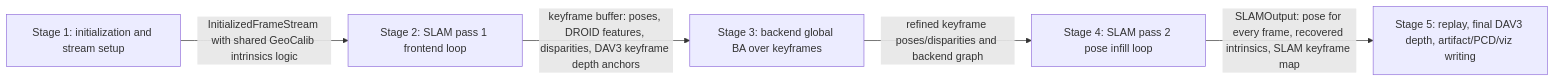
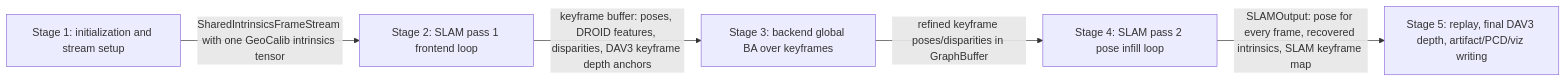
Before and after one commit to sadanand1120/vipe: the first of 12 diagrams in fullexplain.md, drawn with Mermaid. The commit also changed other lines of this file and 44 other files, not shown here.

````diff
--- a/fullexplain.md
+++ b/fullexplain.md
@@ -32,7 +32,7 @@
 ```mermaid
 flowchart LR
-    S1[Stage 1: initialization and stream setup] -->|InitializedFrameStream with shared GeoCalib intrinsics logic| S2[Stage 2: SLAM pass 1 frontend loop]
+    S1[Stage 1: initialization and stream setup] -->|SharedIntrinsicsFrameStream with one GeoCalib intrinsics tensor| S2[Stage 2: SLAM pass 1 frontend loop]
     S2 -->|keyframe buffer: poses, DROID features, disparities, DAV3 keyframe depth anchors| S3[Stage 3: backend global BA over keyframes]
-    S3 -->|refined keyframe poses/disparities and backend graph| S4[Stage 4: SLAM pass 2 pose infill loop]
+    S3 -->|refined keyframe poses/disparities in GraphBuffer| S4[Stage 4: SLAM pass 2 pose infill loop]
     S4 -->|SLAMOutput: pose for every frame, recovered intrinsics, SLAM keyframe map| S5[Stage 5: replay, final DAV3 depth, artifact/PCD/viz writing]
 ```
````
